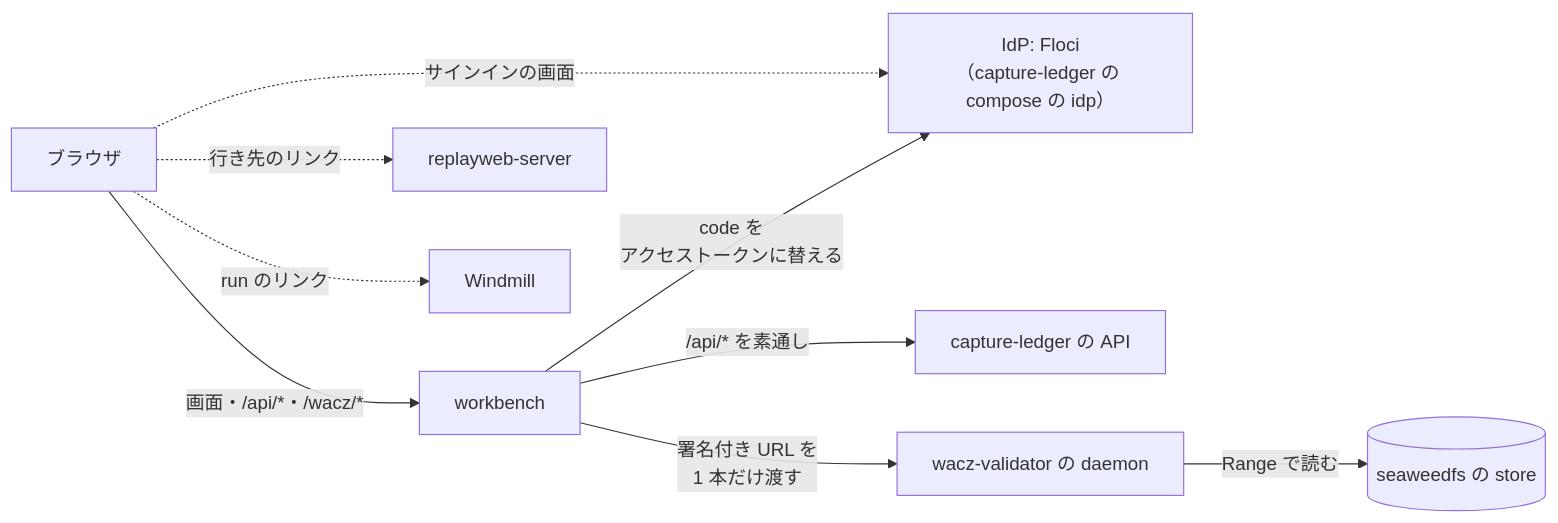
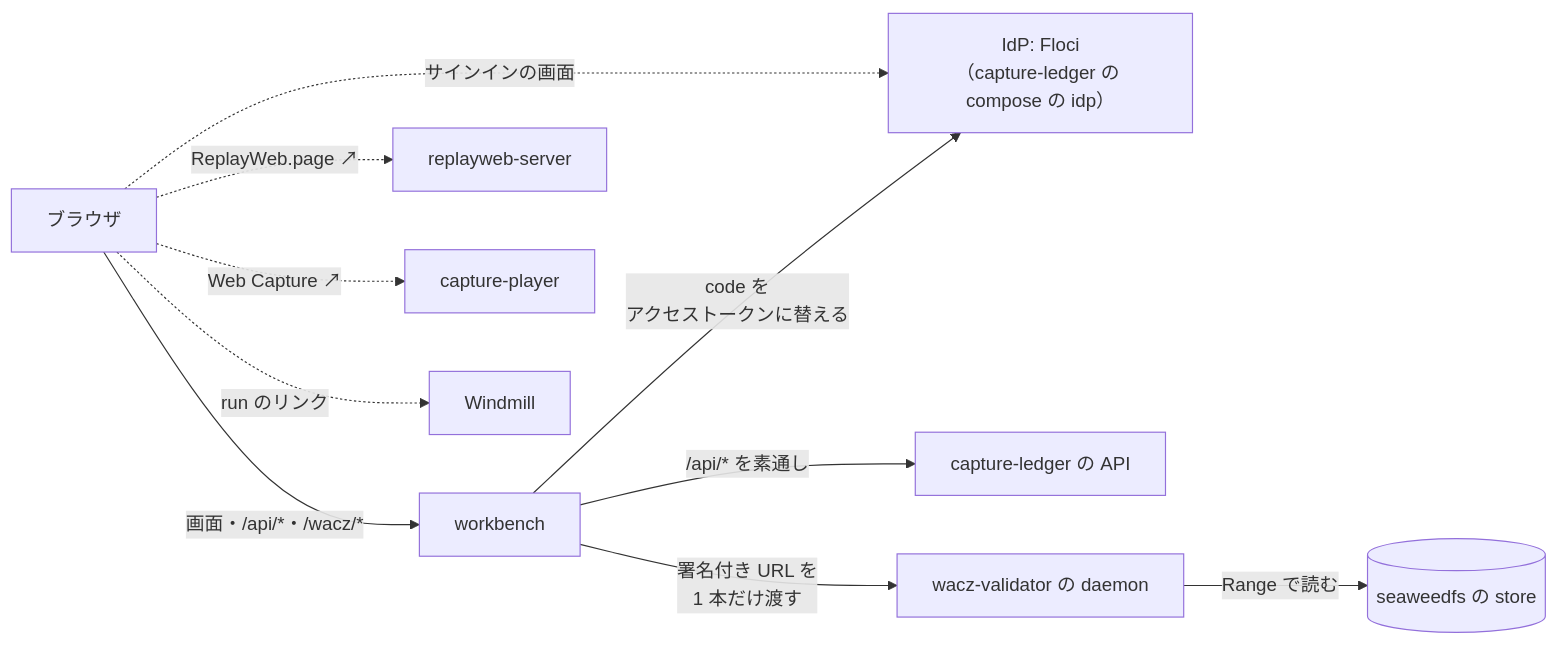
The diagram in docs-site/src/content/docs/ja/index.md (uraitakahito/capture-workbench), drawn with Mermaid before and after one commit. The commit also changed other lines of this file and 25 other files, not shown here.

First line of the commit message:
feat!: 再生のリンクを ReplayWeb.page と Web Capture の 2 つにする（CAPTURE-102） (#95)

````diff
--- a/docs-site/src/content/docs/ja/index.md
+++ b/docs-site/src/content/docs/ja/index.md
@@ -18,11 +19,12 @@
 ```mermaid
 flowchart LR
   B["ブラウザ"] -->|"画面・/api/*・/wacz/*"| D["workbench"]
   B -.->|"サインインの画面"| I["IdP: Floci<br/>（capture-ledger の compose の idp）"]
   D -->|"code を<br/>アクセストークンに替える"| I
   D -->|"/api/* を素通し"| L["capture-ledger の API"]
   D -->|"署名付き URL を<br/>1 本だけ渡す"| V["wacz-validator の daemon"]
   V -->|"Range で読む"| S[("seaweedfs の store")]
-  B -.->|"行き先のリンク"| R["replayweb-server"]
+  B -.->|"ReplayWeb.page ↗"| R["replayweb-server"]
+  B -.->|"Web Capture ↗"| P["capture-player"]
   B -.->|"run のリンク"| W["Windmill"]
 ```
````
